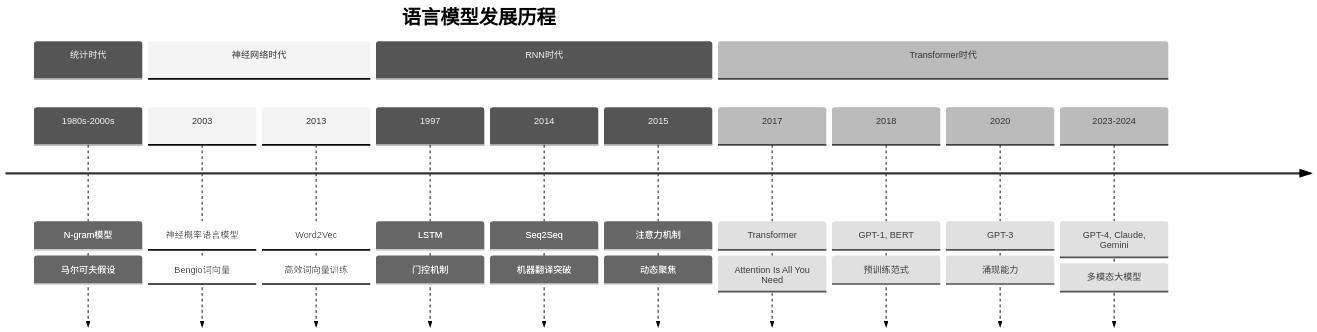
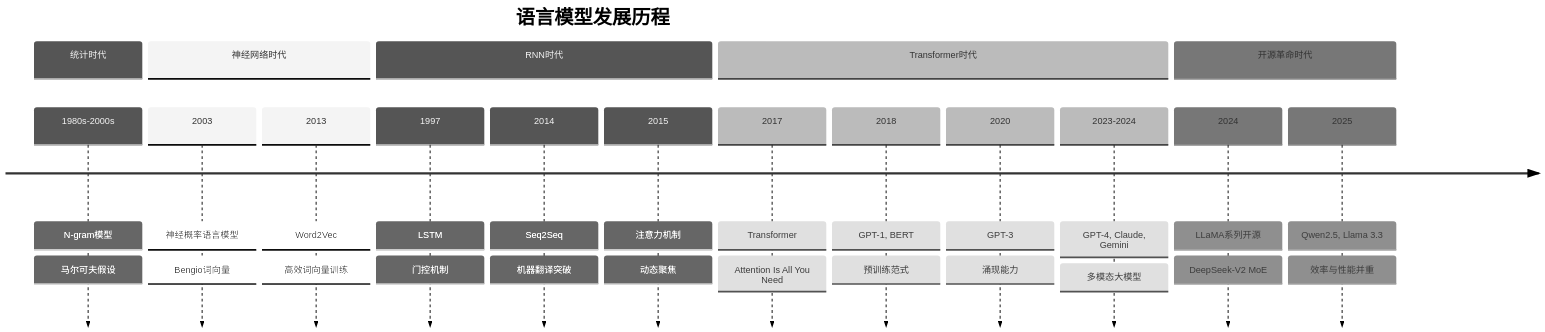
Before and after one commit to Xunzhuo/mini-sglang: the second of 19 diagrams in learning/website/docs/basics/02-language-model-history.md, drawn with Mermaid (neutral theme). The commit also changed other lines of this file and 7 other files, not shown here.

````diff
--- a/learning/website/docs/basics/02-language-model-history.md
+++ b/learning/website/docs/basics/02-language-model-history.md
@@ -23,28 +25,33 @@
 ```mermaid
 timeline
     title 语言模型发展历程
     section 统计时代
         1980s-2000s : N-gram模型
                     : 马尔可夫假设
     section 神经网络时代
         2003 : 神经概率语言模型
              : Bengio词向量
         2013 : Word2Vec
              : 高效词向量训练
     section RNN时代
         1997 : LSTM
              : 门控机制
         2014 : Seq2Seq
              : 机器翻译突破
         2015 : 注意力机制
              : 动态聚焦
     section Transformer时代
         2017 : Transformer
              : Attention Is All You Need
         2018 : GPT-1, BERT
              : 预训练范式
         2020 : GPT-3
              : 涌现能力
         2023-2024 : GPT-4, Claude, Gemini
                   : 多模态大模型
+    section 开源革命时代
+        2024 : LLaMA系列开源
+              : DeepSeek-V2 MoE
+        2025 : Qwen2.5, Llama 3.3
+              : 效率与性能并重
 ```
````
